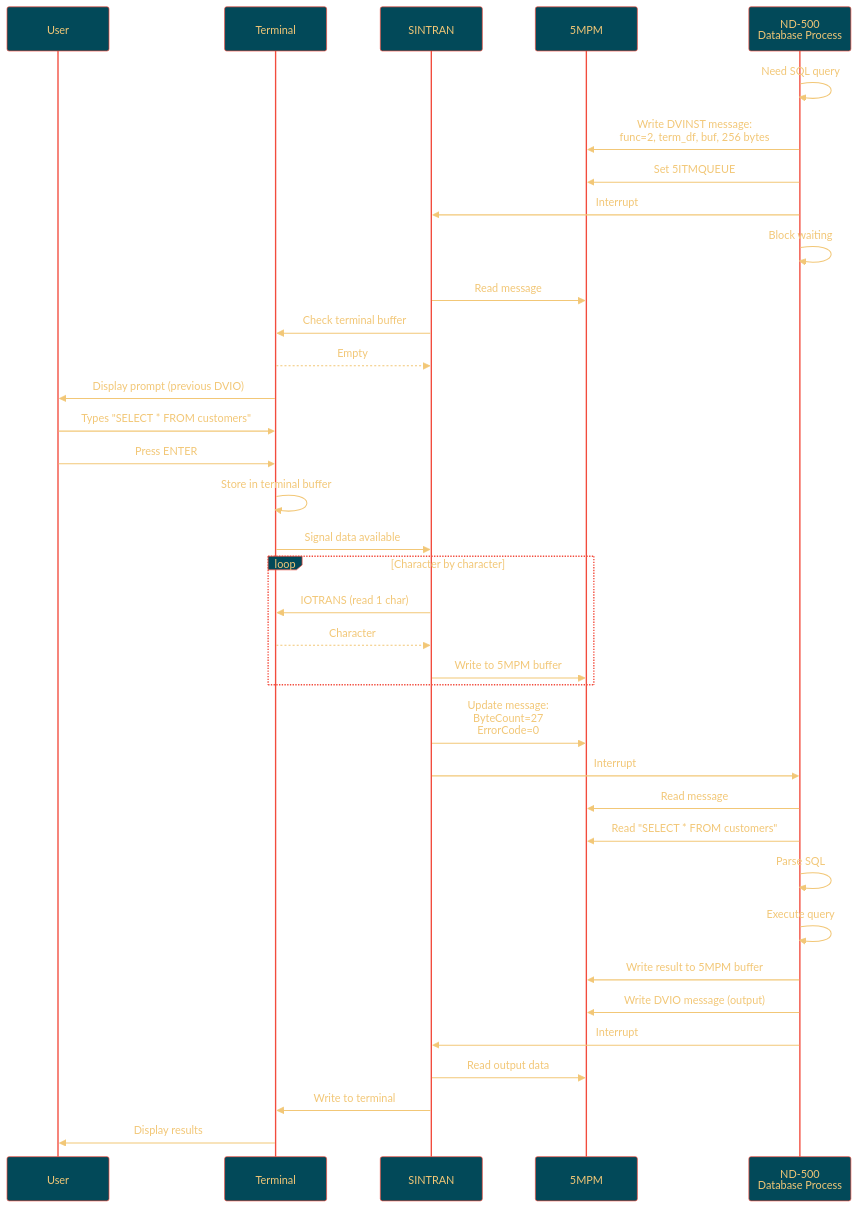
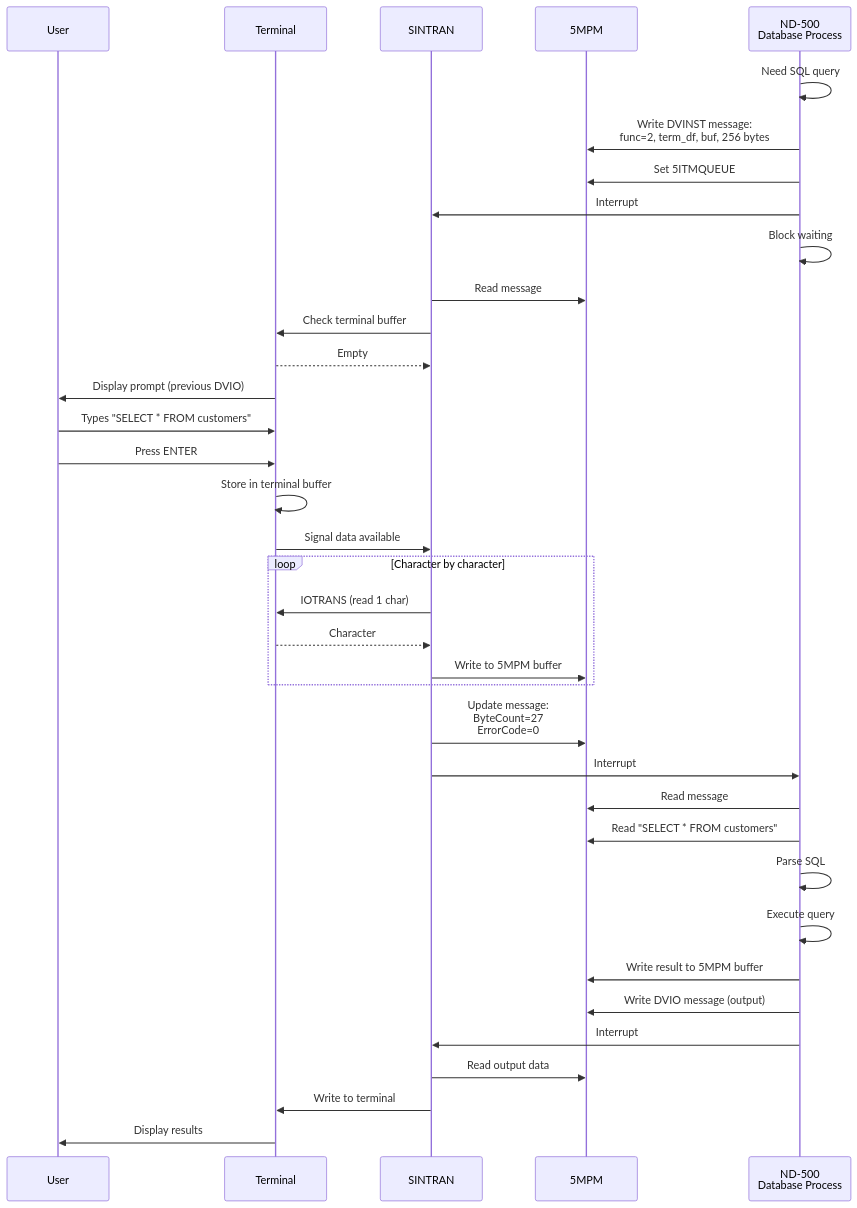
The third of 3 diagrams in SINTRAN/OS/07-ND500-IO-AND-USER-INTERACTION.md (HackerCorpLabs/NDInsight), drawn with Mermaid before and after one commit. The commit also changed other lines of this file and 19 other files, not shown here.

Commit message:
Updated Mermaid diagrams

````diff
--- a/SINTRAN/OS/07-ND500-IO-AND-USER-INTERACTION.md
+++ b/SINTRAN/OS/07-ND500-IO-AND-USER-INTERACTION.md
@@ -409,48 +420,47 @@
 ```mermaid
-%%{init: {'theme':'base', 'themeVariables': {'primaryColor':'#024959','primaryTextColor':'#F2C777','primaryBorderColor':'#F24C3D','lineColor':'#F24C3D','secondaryColor':'#A62F03','tertiaryColor':'#F2E8C6'}}}%%
 sequenceDiagram
     participant U as User
     participant T as Terminal
     participant K as SINTRAN
     participant M as 5MPM
     participant DB as ND-500<br/>Database Process
-    
+
     DB->>DB: Need SQL query
     DB->>M: Write DVINST message:<br/>func=2, term_df, buf, 256 bytes
     DB->>M: Set 5ITMQUEUE
     DB->>K: Interrupt
     DB->>DB: Block waiting
-    
+
     K->>M: Read message
     K->>T: Check terminal buffer
     T-->>K: Empty
-    
+
     T->>U: Display prompt (previous DVIO)
     U->>T: Types "SELECT * FROM customers"
     U->>T: Press ENTER
-    
+
     T->>T: Store in terminal buffer
     T->>K: Signal data available
-    
+
     loop Character by character
         K->>T: IOTRANS (read 1 char)
         T-->>K: Character
         K->>M: Write to 5MPM buffer
     end
-    
+
     K->>M: Update message:<br/>ByteCount=27<br/>ErrorCode=0
     K->>DB: Interrupt
-    
+
     DB->>M: Read message
     DB->>M: Read "SELECT * FROM customers"
     DB->>DB: Parse SQL
     DB->>DB: Execute query
-    
+
     DB->>M: Write result to 5MPM buffer
     DB->>M: Write DVIO message (output)
     DB->>K: Interrupt
-    
+
     K->>M: Read output data
     K->>T: Write to terminal
     T->>U: Display results
 ```
````
